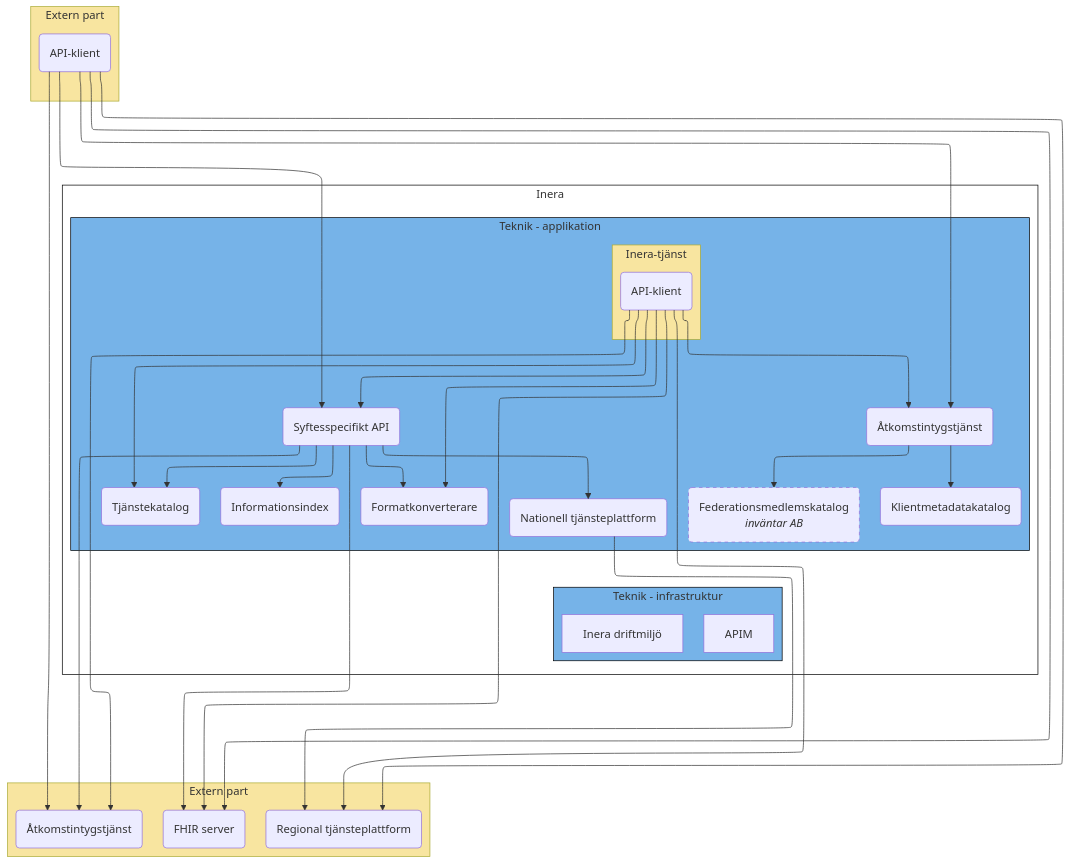
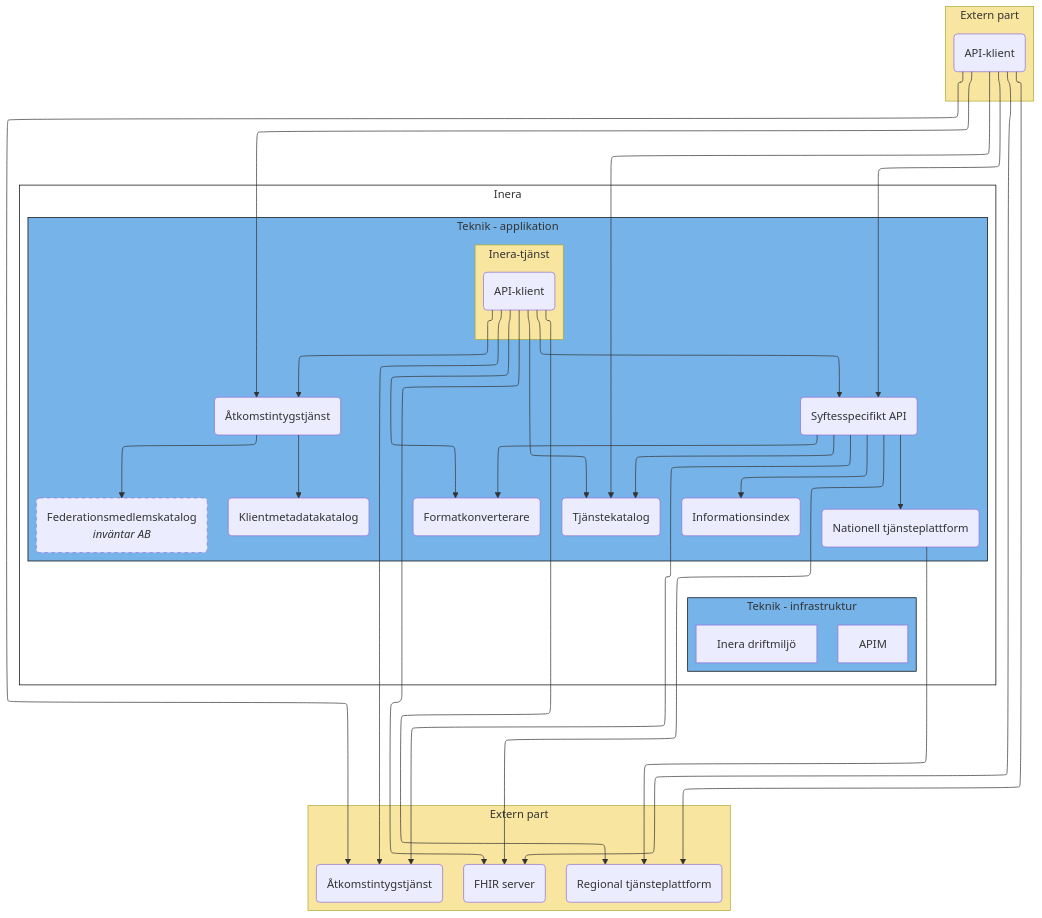
The first of 2 diagrams in T2-krav/solution.md (anders-malmros-inera/t2mmd), drawn with Mermaid before and after one commit. The commit also changed other lines of this file, not shown here.

Commit message:
Enhance solution documentation with architectural decisions and scenarios

```diff
--- a/T2-krav/solution.md
+++ b/T2-krav/solution.md
@@ -44,6 +53,9 @@
 
 sias-->sifmk
 sias-->sikk 
+
+%% Hitta anropsadress
+tkc-->sitk
 
 %% begär åtkomst
 itk1 -->sias & itp1
```
